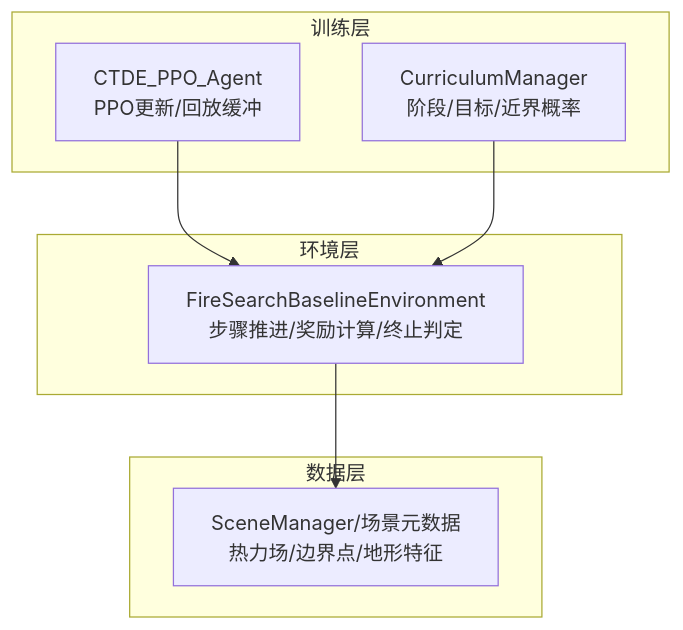
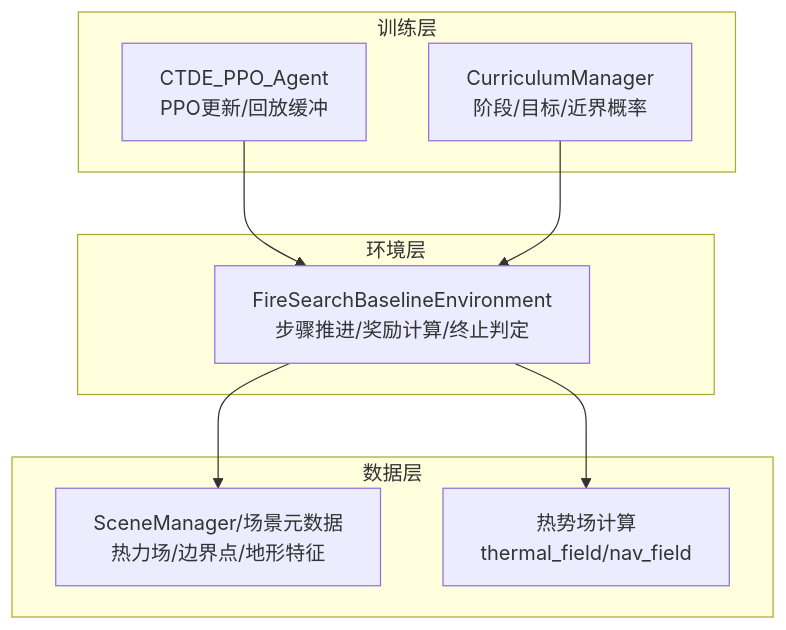
One commit to xixi10001/self_Adaptive changed the first of 6 diagrams in .qoder/repowiki/zh/content/强化学习环境/奖励系统设计/奖励系统设计.md. Above: the diagram before and after it, drawn with Mermaid. The commit also changed other lines of this file and 21 other files, not shown here.

````diff
--- a/.qoder/repowiki/zh/content/强化学习环境/奖励系统设计/奖励系统设计.md
+++ b/.qoder/repowiki/zh/content/强化学习环境/奖励系统设计/奖励系统设计.md
@@ -29,16 +37,18 @@
 ```mermaid
 graph TB
 subgraph "环境层"
 Env["FireSearchBaselineEnvironment<br/>步骤推进/奖励计算/终止判定"]
 end
 subgraph "训练层"
 Train["CTDE_PPO_Agent<br/>PPO更新/回放缓冲"]
 Curri["CurriculumManager<br/>阶段/目标/近界概率"]
 end
 subgraph "数据层"
 Data["SceneManager/场景元数据<br/>热力场/边界点/地形特征"]
+Thermal["热势场计算<br/>thermal_field/nav_field"]
 end
 Train --> Env
 Curri --> Env
 Env --> Data
+Env --> Thermal
 ```
````
